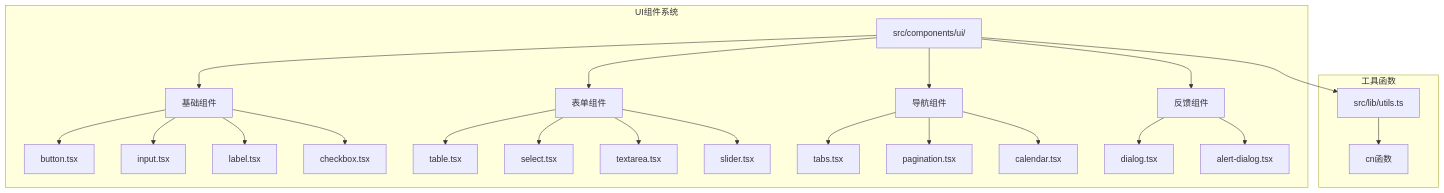
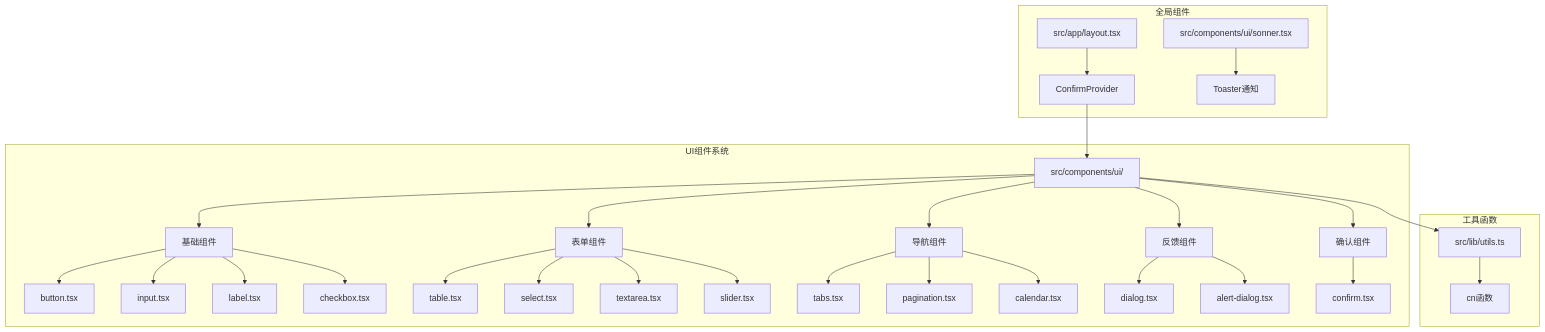
The first of 9 diagrams in .qoder/repowiki/zh/content/前端组件/Apple Liquid Glass UI组件系统.md (RadiumAg/AIGate), drawn with Mermaid before and after one commit. The commit also changed other lines of this file and 2 other files, not shown here.

````diff
--- a/.qoder/repowiki/zh/content/前端组件/Apple Liquid Glass UI组件系统.md
+++ b/.qoder/repowiki/zh/content/前端组件/Apple Liquid Glass UI组件系统.md
@@ -48,26 +63,33 @@
 ```mermaid
 graph TB
 subgraph "UI组件系统"
 A[src/components/ui/] --> B[基础组件]
 A --> C[表单组件]
 A --> D[导航组件]
 A --> E[反馈组件]
-B --> F[button.tsx]
-B --> G[input.tsx]
-B --> H[label.tsx]
-B --> I[checkbox.tsx]
-C --> J[table.tsx]
-C --> K[select.tsx]
-C --> L[textarea.tsx]
-C --> M[slider.tsx]
-D --> N[tabs.tsx]
-D --> O[pagination.tsx]
-D --> P[calendar.tsx]
-E --> Q[dialog.tsx]
-E --> R[alert-dialog.tsx]
+A --> F[确认组件]
+B --> G[button.tsx]
+B --> H[input.tsx]
+B --> I[label.tsx]
+B --> J[checkbox.tsx]
+C --> K[table.tsx]
+C --> L[select.tsx]
+C --> M[textarea.tsx]
+C --> N[slider.tsx]
+D --> O[tabs.tsx]
+D --> P[pagination.tsx]
+D --> Q[calendar.tsx]
+E --> R[dialog.tsx]
+E --> S[alert-dialog.tsx]
+F --> T[confirm.tsx]
+end
+subgraph "全局组件"
+U[src/app/layout.tsx] --> V[ConfirmProvider]
+W[src/components/ui/sonner.tsx] --> X[Toaster通知]
 end
 subgraph "工具函数"
-S[src/lib/utils.ts] --> T[cn函数]
+Y[src/lib/utils.ts] --> Z[cn函数]
 end
-A --> S
+A --> Y
+V --> A
 ```
````
